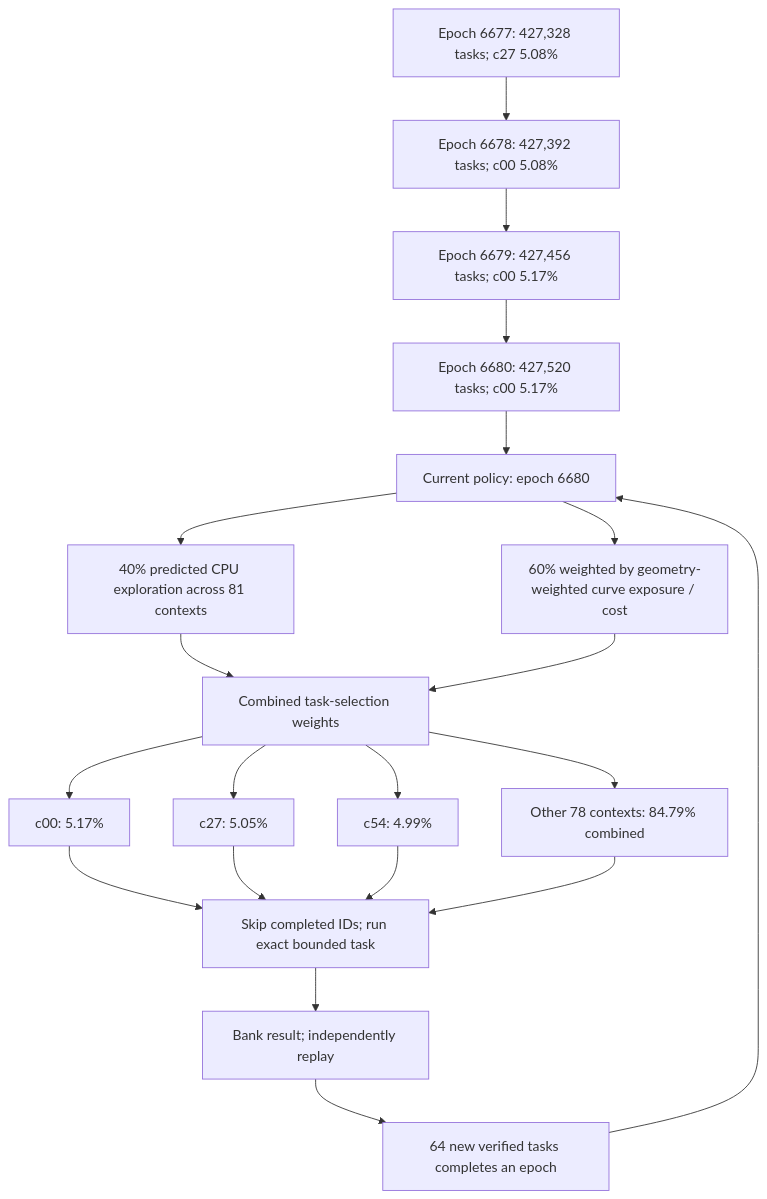
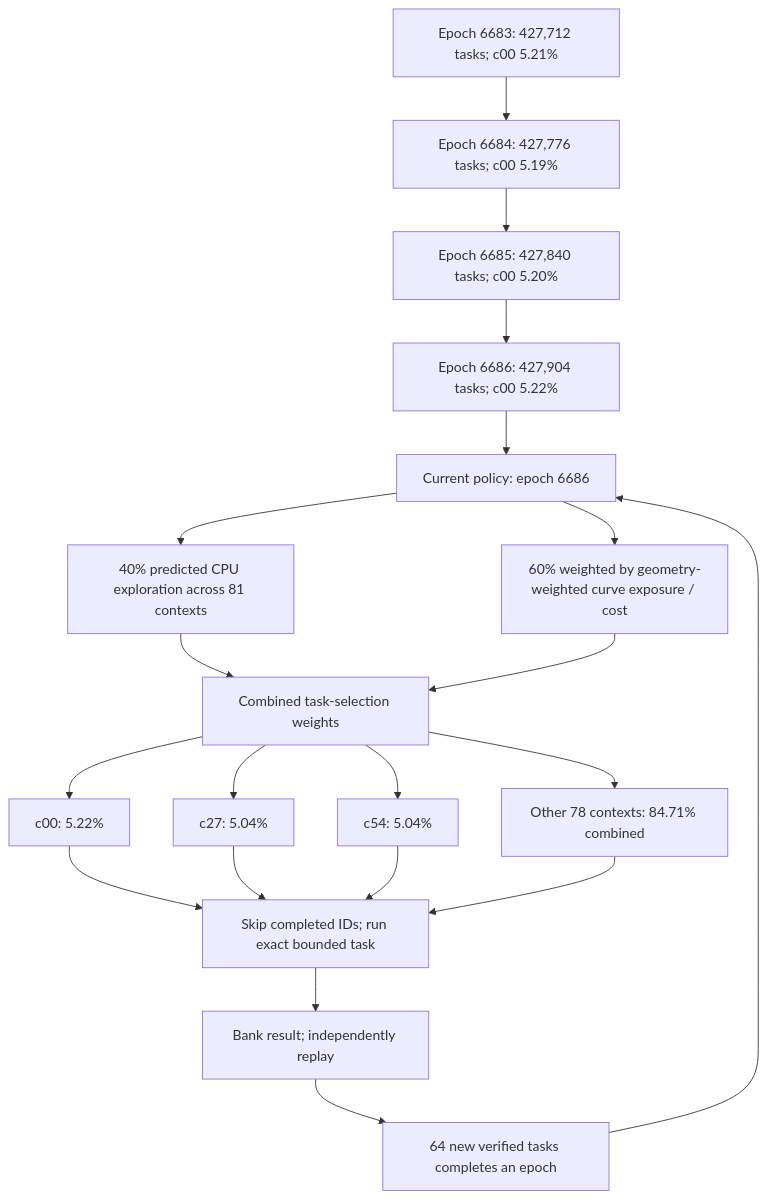
Before and after one commit to Kuberwastaken/math-gambling: the first of 4 diagrams in README.md, drawn with Mermaid. The commit also changed other lines of this file and 1871 other files, not shown here.

````diff
--- a/README.md
+++ b/README.md
@@ -60,27 +60,27 @@
 ```mermaid
 flowchart TD
-    H0["Epoch 6677: 427,328 tasks; c27 5.08%"]
-    H1["Epoch 6678: 427,392 tasks; c00 5.08%"]
+    H0["Epoch 6683: 427,712 tasks; c00 5.21%"]
+    H1["Epoch 6684: 427,776 tasks; c00 5.19%"]
     H0 --> H1
-    H2["Epoch 6679: 427,456 tasks; c00 5.17%"]
+    H2["Epoch 6685: 427,840 tasks; c00 5.20%"]
     H1 --> H2
-    H3["Epoch 6680: 427,520 tasks; c00 5.17%"]
+    H3["Epoch 6686: 427,904 tasks; c00 5.22%"]
     H2 --> H3
-    Policy["Current policy: epoch 6680"]
+    Policy["Current policy: epoch 6686"]
     H3 --> Policy
     Policy --> Explore["40% predicted CPU exploration across 81 contexts"]
     Policy --> Cost["60% weighted by geometry-weighted curve exposure / cost"]
     Explore --> Mix["Combined task-selection weights"]
     Cost --> Mix
-    Mix --> C0["c00: 5.17%"]
-    Mix --> C1["c27: 5.05%"]
-    Mix --> C2["c54: 4.99%"]
-    Mix --> Rest["Other 78 contexts: 84.79% combined"]
+    Mix --> C0["c00: 5.22%"]
+    Mix --> C1["c27: 5.04%"]
+    Mix --> C2["c54: 5.04%"]
+    Mix --> Rest["Other 78 contexts: 84.71% combined"]
     C0 --> Check["Skip completed IDs; run exact bounded task"]
     C1 --> Check
     C2 --> Check
     Rest --> Check
     Check --> Replay["Bank result; independently replay"]
     Replay --> Gate["64 new verified tasks completes an epoch"]
     Gate --> Policy
 ```
````
